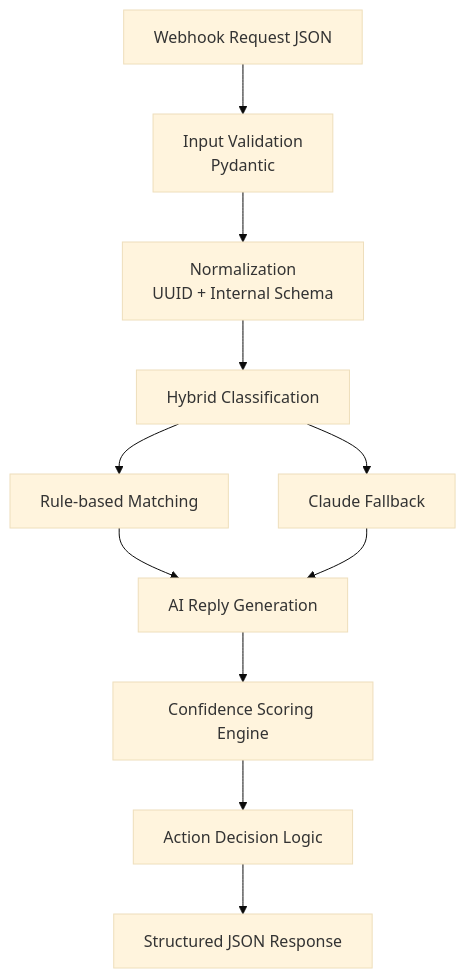
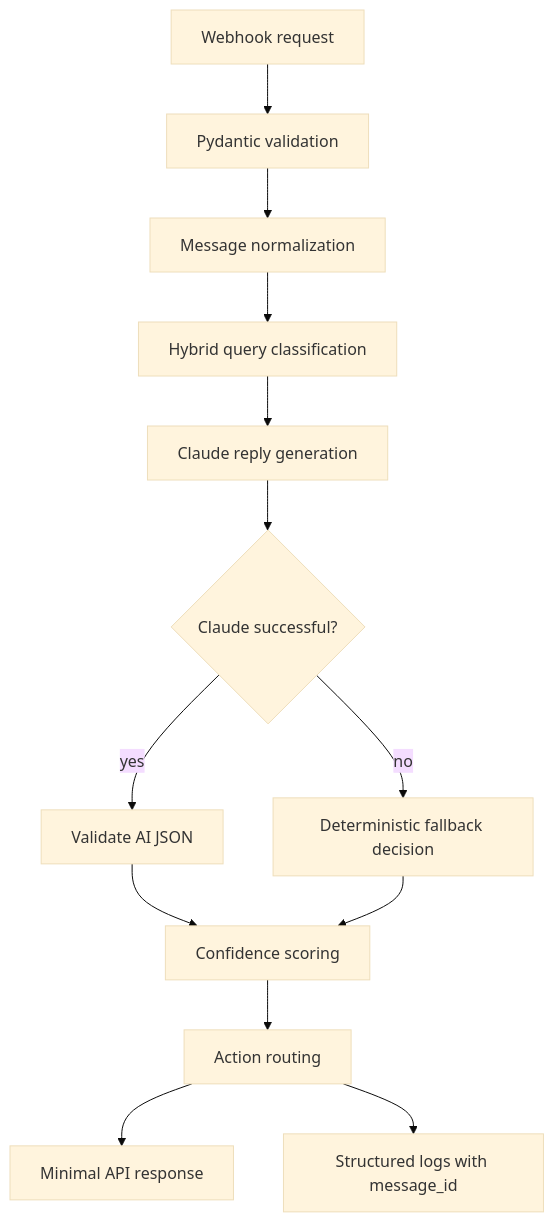
Before and after one commit to Black-Coffee-Ramen/nistula-technical-assessment: the diagram in README.md, drawn with Mermaid (base theme). The commit also changed other lines of this file, not shown here.

````diff
--- a/README.md
+++ b/README.md
@@ -56,31 +69,15 @@
 ```mermaid
 flowchart TD
-
-    A[Webhook Request JSON]
-    B[Input Validation<br/>Pydantic]
-    C[Normalization<br/>UUID + Internal Schema]
-
-    D[Hybrid Classification]
-
-    E[Rule-based Matching]
-    F[Claude Fallback]
-
-    G[AI Reply Generation]
-    H[Confidence Scoring Engine]
-    I[Action Decision Logic]
-    J[Structured JSON Response]
-
-    A --> B
-    B --> C
-    C --> D
-
-    D --> E
-    D --> F
-
-    E --> G
-    F --> G
-
-    G --> H
+    A["Webhook request"] --> B["Pydantic validation"]
+    B --> C["Message normalization"]
+    C --> D["Hybrid query classification"]
+    D --> E["Claude reply generation"]
+    E --> F{"Claude successful?"}
+    F -->|"yes"| G["Validate AI JSON"]
+    F -->|"no"| H["Deterministic fallback decision"]
+    G --> I["Confidence scoring"]
     H --> I
-    I --> J
+    I --> J["Action routing"]
+    J --> K["Minimal API response"]
+    J --> L["Structured logs with message_id"]
 ```
````
